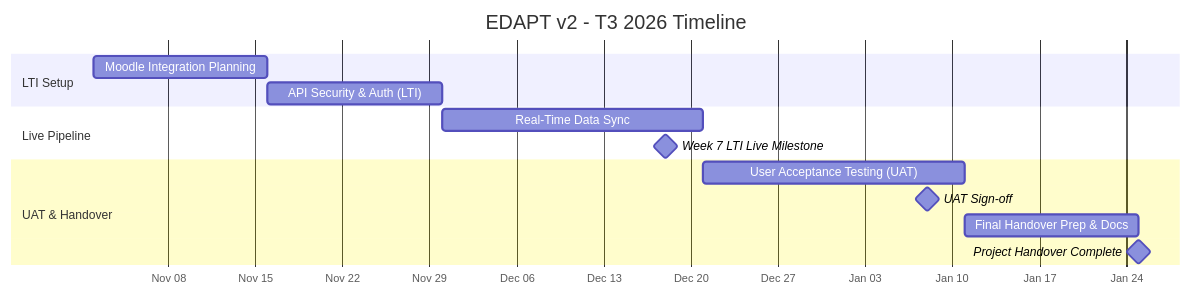
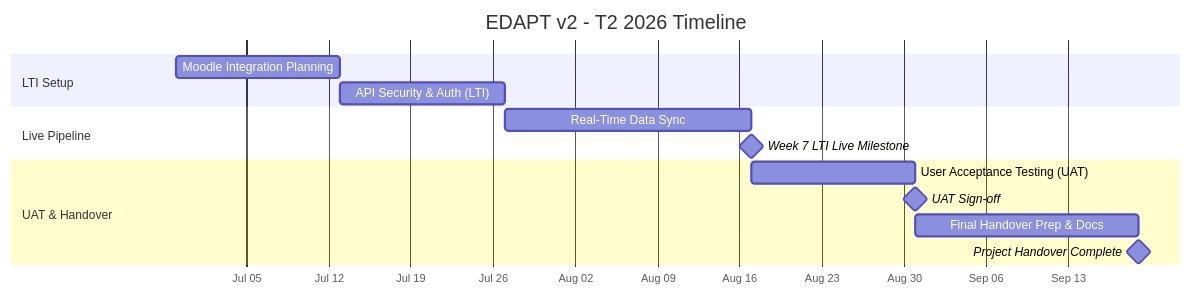
One commit to KOI-Capstone-Project/EDAPTv2 changed the second of 2 diagrams in README.md. Above: the diagram before and after it, drawn with Mermaid. The commit also changed other lines of this file, not shown here.

Commit message:
[GANTT]-Update the Timeline from T1 and T2

````diff
--- a/README.md
+++ b/README.md
@@ -33,20 +33,21 @@
 ```mermaid
+%%{init: {'gantt': {'leftPadding': 150}}}%%
 gantt
-    title EDAPT v2 - T3 2026 Timeline
+    title EDAPT v2 - T2 2026 Timeline
     dateFormat  YYYY-MM-DD
     axisFormat  %b %d
     
     section LTI Setup
-    Moodle Integration Planning   :b1, 2026-11-02, 14d
+    Moodle Integration Planning   :b1, 2026-06-29, 14d
     API Security & Auth (LTI)     :b2, after b1, 14d
     
     section Live Pipeline
-    Real-Time Data Sync           :b3, 2026-11-30, 21d
-    Week 7 LTI Live Milestone     :milestone, m4, 2026-12-18, 0d
+    Real-Time Data Sync           :b3, after b2, 21d
+    Week 7 LTI Live Milestone     :milestone, m4, 2026-08-17, 0d
     
     section UAT & Handover
-    User Acceptance Testing (UAT) :b4, 2026-12-21, 21d
-    UAT Sign-off                  :milestone, m5, 2027-01-08, 0d
-    Final Handover Prep & Docs    :b5, 2027-01-11, 14d
-    Project Handover Complete     :milestone, m6, 2027-01-25, 0d
+    User Acceptance Testing (UAT) :b4, after b3, 14d
+    UAT Sign-off                  :milestone, m5, 2026-08-31, 0d
+    Final Handover Prep & Docs    :b5, after b4, 19d
+    Project Handover Complete     :milestone, m6, 2026-09-19, 0d
 ```
````
